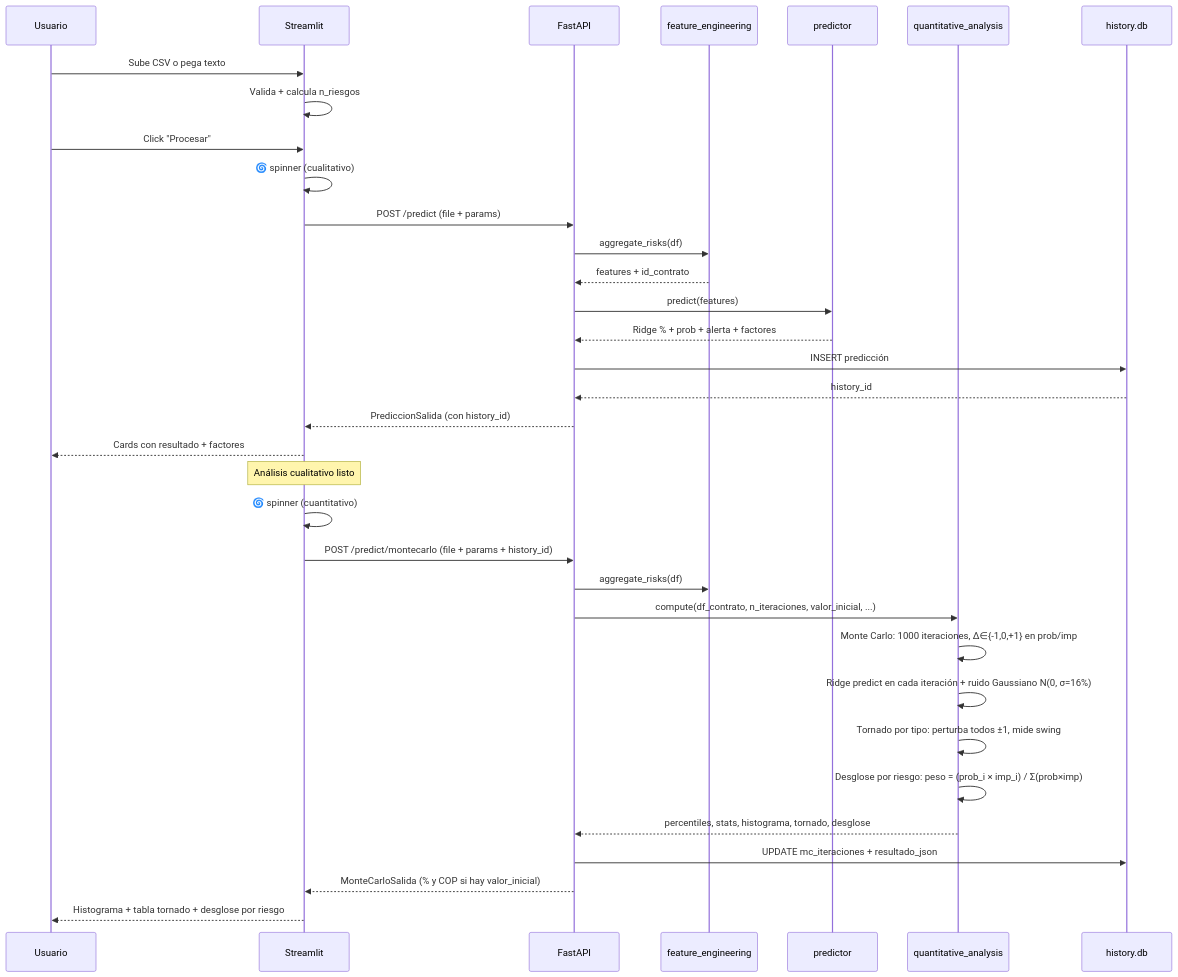
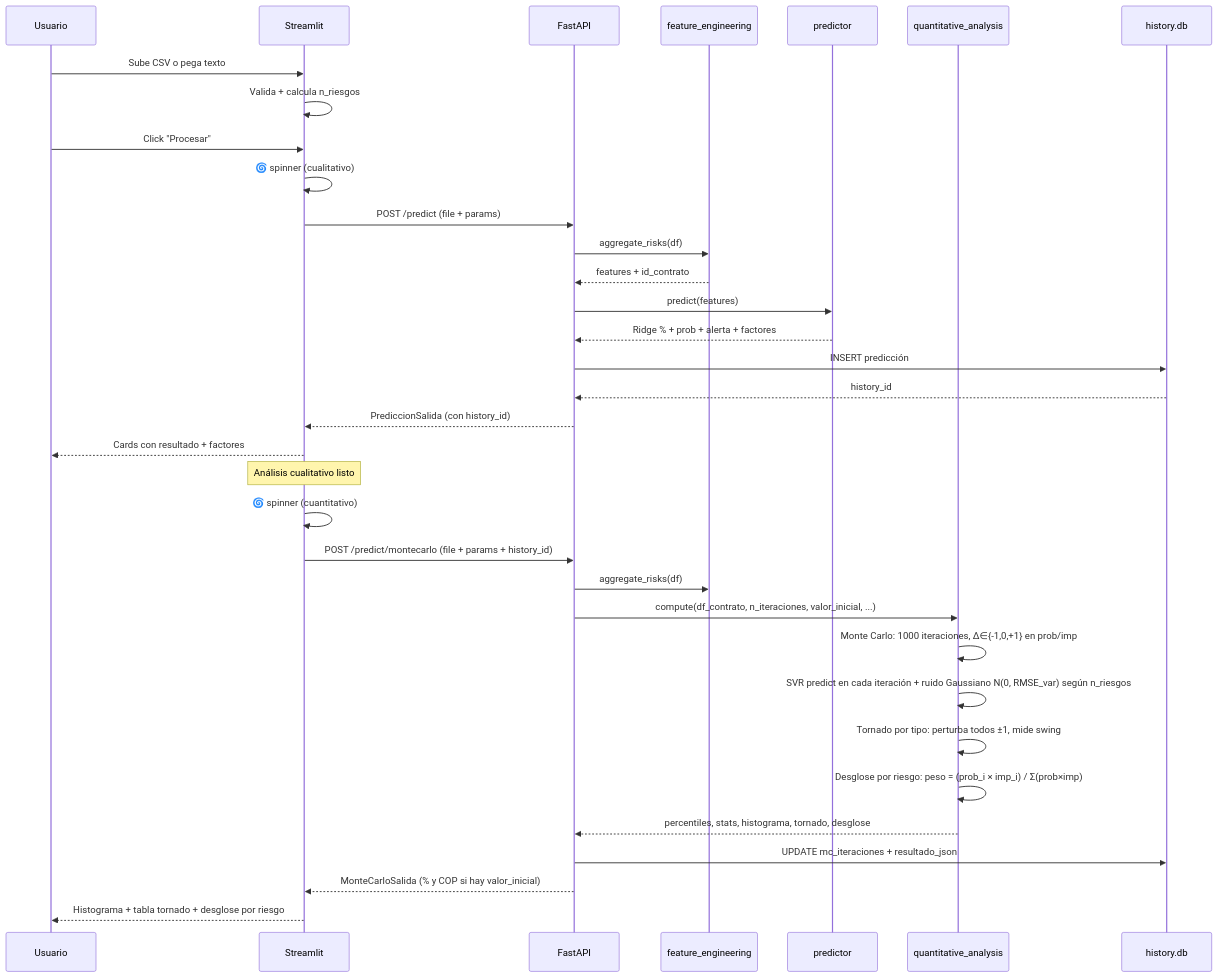
Before and after one commit to sanan1297/risk_project: the second of 7 diagrams in docs/proceso.md, drawn with Mermaid. The commit also changed other lines of this file and 28 other files, not shown here.

````diff
--- a/docs/proceso.md
+++ b/docs/proceso.md
@@ -346,38 +346,38 @@
 ```mermaid
 sequenceDiagram
     participant U as Usuario
     participant F as Streamlit
     participant B as FastAPI
     participant FE as feature_engineering
     participant P as predictor
     participant QA as quantitative_analysis
     participant DB as history.db
 
     U->>F: Sube CSV o pega texto
     F->>F: Valida + calcula n_riesgos
     U->>F: Click "Procesar"
     F->>F: 🌀 spinner (cualitativo)
     F->>B: POST /predict (file + params)
     B->>FE: aggregate_risks(df)
     FE-->>B: features + id_contrato
     B->>P: predict(features)
     P-->>B: Ridge % + prob + alerta + factores
     B->>DB: INSERT predicción
     DB-->>B: history_id
     B-->>F: PrediccionSalida (con history_id)
     F-->>U: Cards con resultado + factores
     Note over F: Análisis cualitativo listo
 
     F->>F: 🌀 spinner (cuantitativo)
     F->>B: POST /predict/montecarlo (file + params + history_id)
     B->>FE: aggregate_risks(df)
     B->>QA: compute(df_contrato, n_iteraciones, valor_inicial, ...)
     QA->>QA: Monte Carlo: 1000 iteraciones, Δ∈{-1,0,+1} en prob/imp
-    QA->>QA: Ridge predict en cada iteración + ruido Gaussiano N(0, σ=16%)
+    QA->>QA: SVR predict en cada iteración + ruido Gaussiano N(0, RMSE_var) según n_riesgos
     QA->>QA: Tornado por tipo: perturba todos ±1, mide swing
     QA->>QA: Desglose por riesgo: peso = (prob_i × imp_i) / Σ(prob×imp)
     QA-->>B: percentiles, stats, histograma, tornado, desglose
     B->>DB: UPDATE mc_iteraciones + resultado_json
     B-->>F: MonteCarloSalida (% y COP si hay valor_inicial)
     F-->>U: Histograma + tabla tornado + desglose por riesgo
 ```
````
